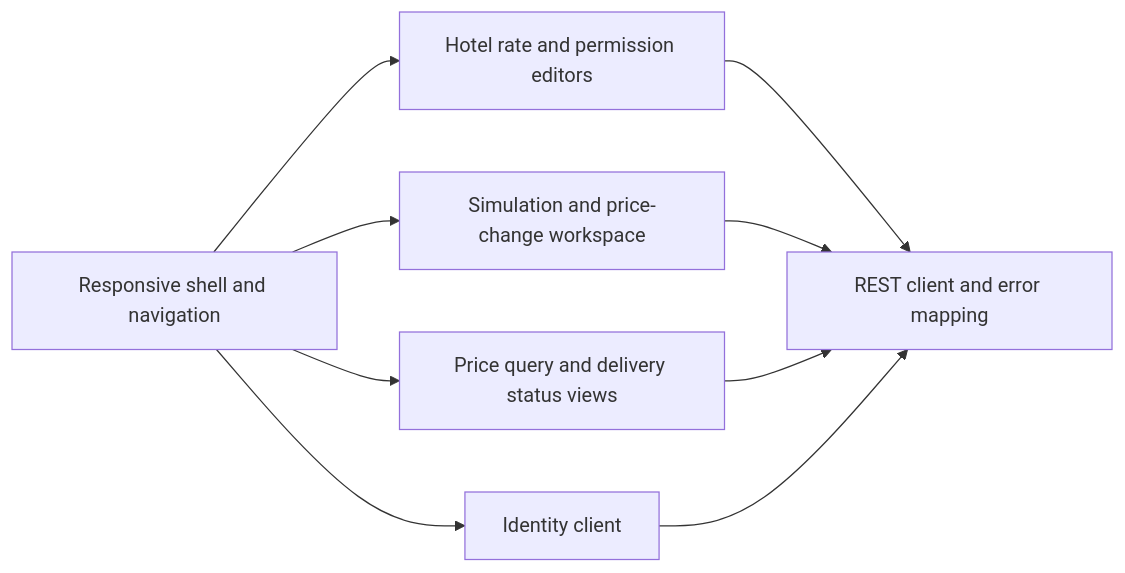
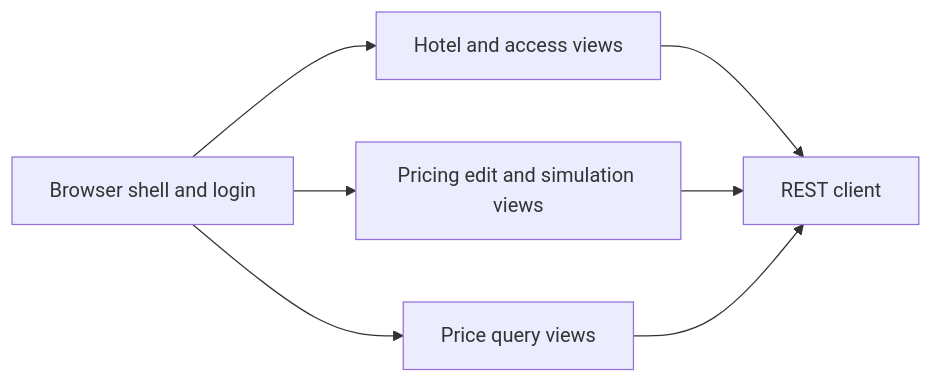
One commit to yoona96/ADD_Codex changed the sixth of 13 diagrams in HPS/design/architecture.md. Above: the diagram before and after it, drawn with Mermaid. The commit also changed other lines of this file and 13 other files, not shown here.

````diff
--- a/HPS/design/architecture.md
+++ b/HPS/design/architecture.md
@@ -269,11 +217,9 @@
 ```mermaid
 flowchart LR
-    Shell[Responsive shell and navigation] --> Identity[Identity client]
-    Shell --> Editor[Hotel rate and permission editors]
-    Shell --> Pricing[Simulation and price-change workspace]
-    Shell --> Viewer[Price query and delivery status views]
-    Editor --> Client[REST client and error mapping]
+    Shell[Browser shell and login] --> Hotels[Hotel and access views]
+    Shell --> Pricing[Pricing edit and simulation views]
+    Shell --> Query[Price query views]
+    Hotels --> Client[REST client]
     Pricing --> Client
-    Viewer --> Client
-    Identity --> Client
+    Query --> Client
 ```
````
